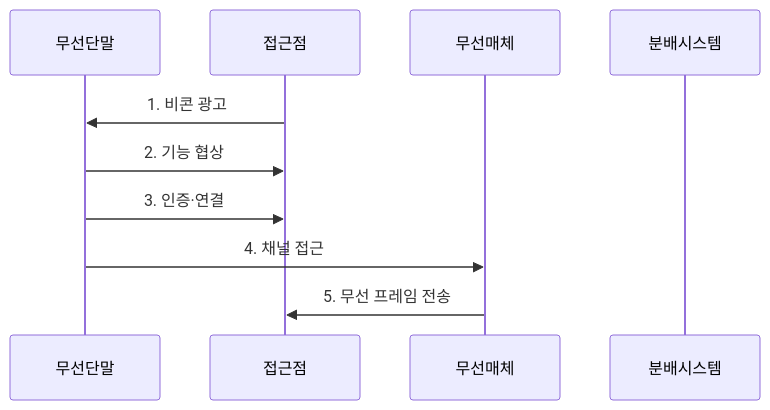
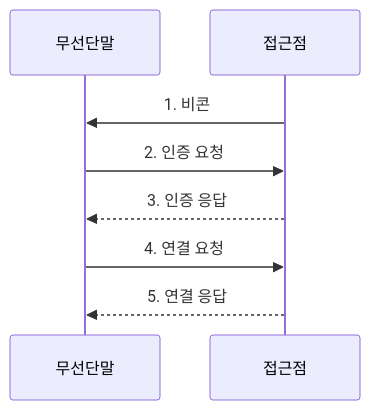
Before and after one commit to agnusdei1207/knowledge-base: the second of 2 diagrams in src/content/docs/notes/04-network/032_wi_fi_standards.md, drawn with Mermaid. The commit also changed other lines of this file and 20 other files, not shown here.

````diff
--- a/src/content/docs/notes/04-network/032_wi_fi_standards.md
+++ b/src/content/docs/notes/04-network/032_wi_fi_standards.md
@@ -76,12 +86,10 @@
 ```mermaid
 sequenceDiagram
     participant 무선단말
     participant 접근점
-    participant 무선매체
-    participant 분배시스템
-    접근점->>무선단말: 1. 비콘 광고
-    무선단말->>접근점: 2. 기능 협상
-    무선단말->>접근점: 3. 인증·연결
-    무선단말->>무선매체: 4. 채널 접근
-    무선매체->>접근점: 5. 무선 프레임 전송
+    접근점->>무선단말: 1. 비콘
+    무선단말->>접근점: 2. 인증 요청
+    접근점-->>무선단말: 3. 인증 응답
+    무선단말->>접근점: 4. 연결 요청
+    접근점-->>무선단말: 5. 연결 응답
 ```
````
